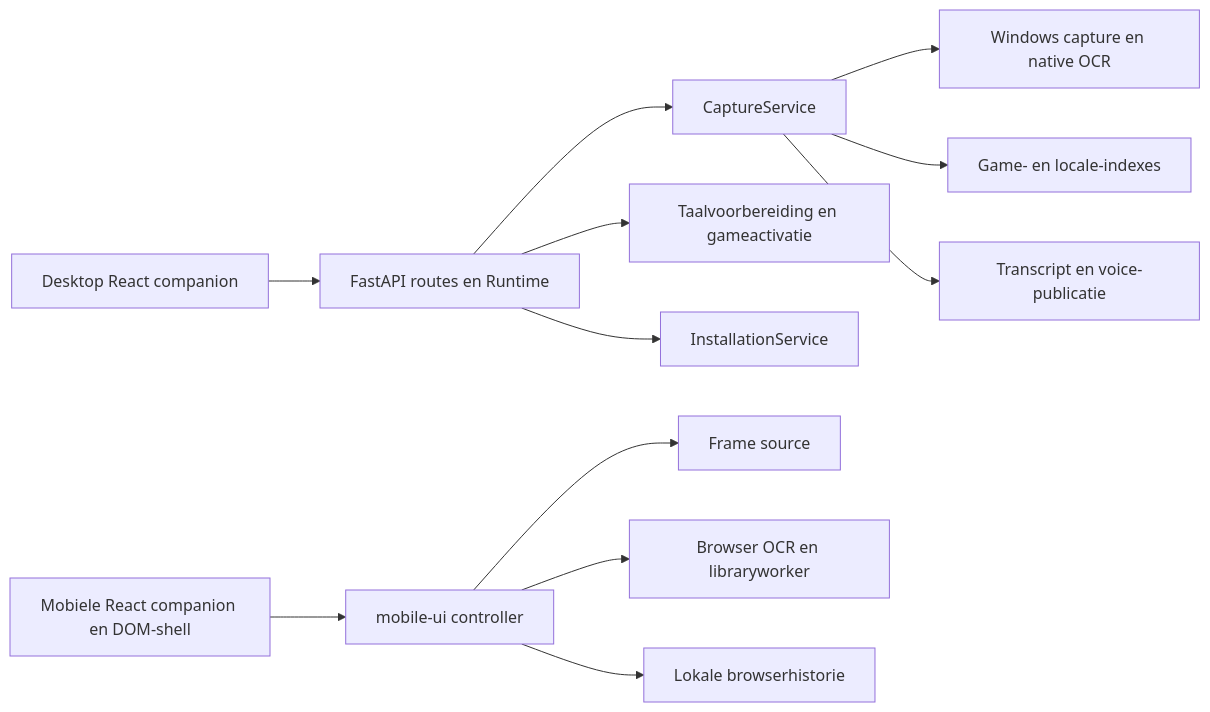
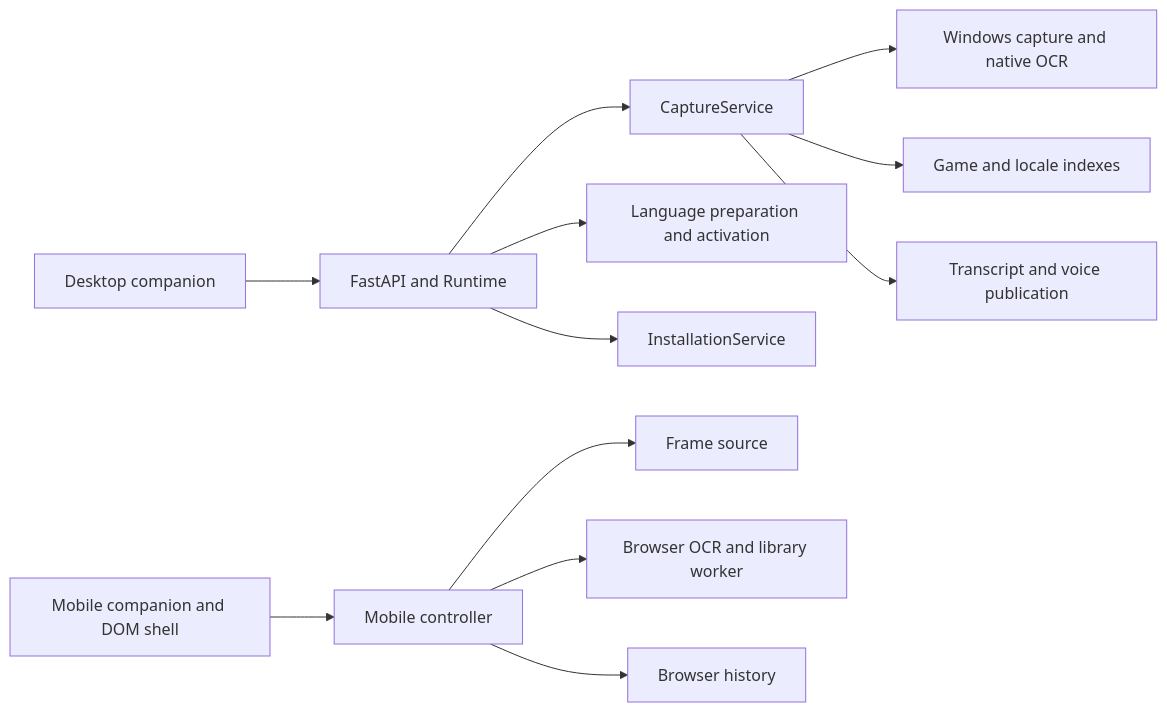
One commit to Firebird55/Game-immersion-toolkit changed the first of 2 diagrams in docs/rework-architecture.md. Above: the diagram before and after it, drawn with Mermaid. The commit also changed other lines of this file and 4 other files, not shown here.

````diff
--- a/docs/rework-architecture.md
+++ b/docs/rework-architecture.md
@@ -38,14 +32,14 @@
 ```mermaid
 flowchart LR
-  D[Desktop React companion] --> A[FastAPI routes en Runtime]
+  D[Desktop companion] --> A[FastAPI and Runtime]
   A --> C[CaptureService]
-  A --> L[Taalvoorbereiding en gameactivatie]
+  A --> L[Language preparation and activation]
   A --> I[InstallationService]
-  C --> O[Windows capture en native OCR]
-  C --> G[Game- en locale-indexes]
-  C --> T[Transcript en voice-publicatie]
-  M[Mobiele React companion en DOM-shell] --> U[mobile-ui controller]
+  C --> O[Windows capture and native OCR]
+  C --> G[Game and locale indexes]
+  C --> T[Transcript and voice publication]
+  M[Mobile companion and DOM shell] --> U[Mobile controller]
   U --> F[Frame source]
-  U --> B[Browser OCR en libraryworker]
-  U --> H[Lokale browserhistorie]
+  U --> B[Browser OCR and library worker]
+  U --> H[Browser history]
 ```
````
